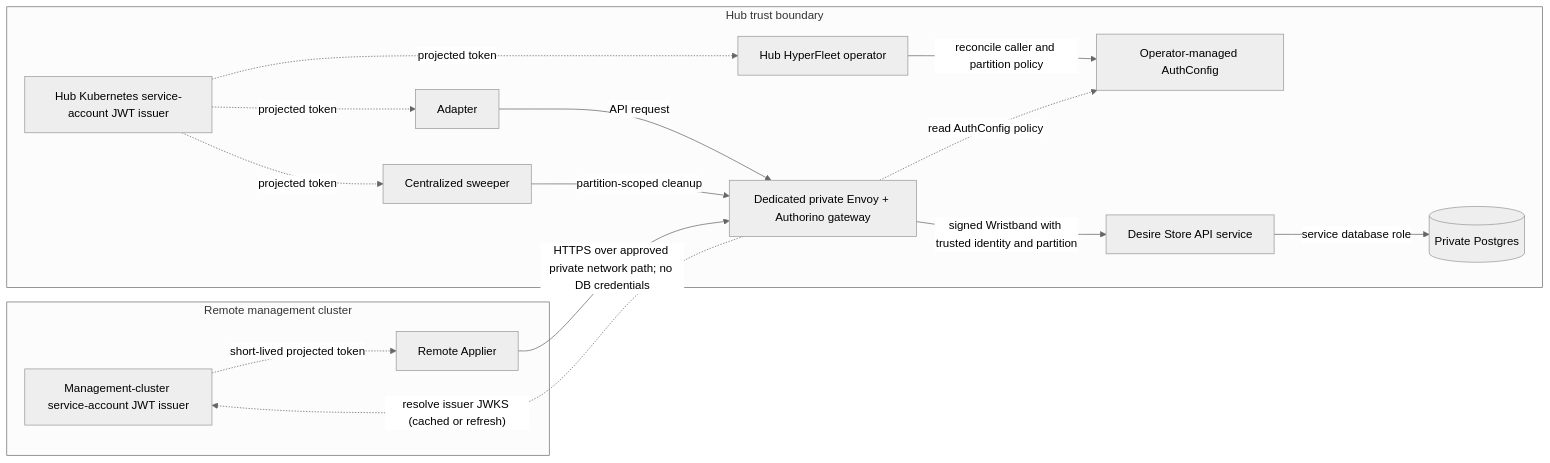
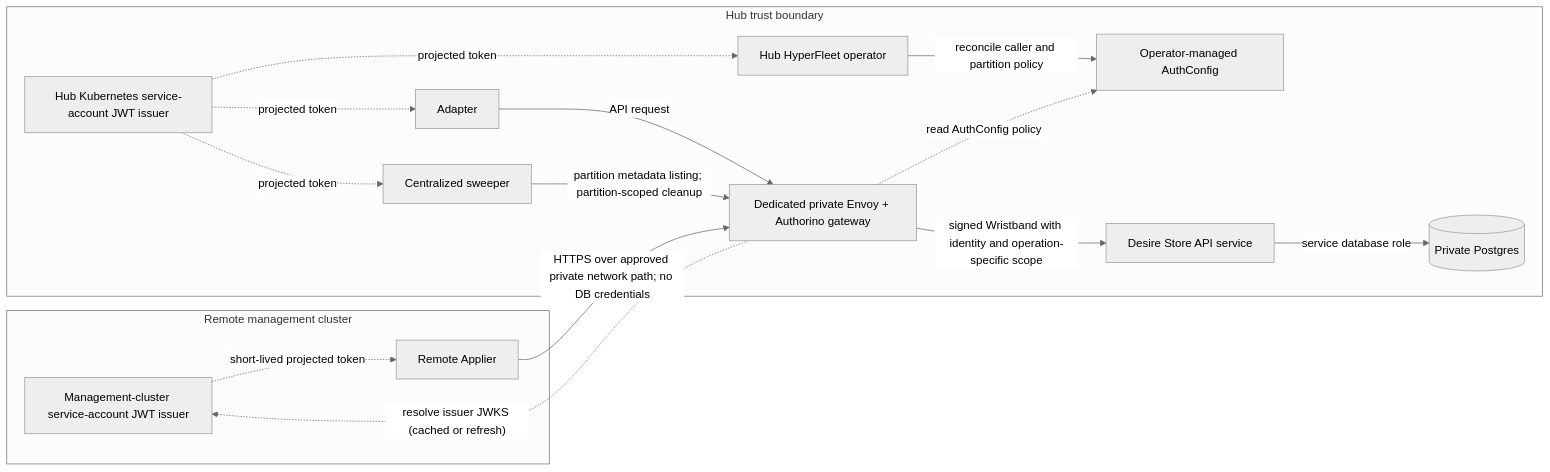
One commit to openshift-hyperfleet/architecture changed the first of 2 diagrams in hyperfleet/docs/desire-store-hld.md. Above: the diagram before and after it, drawn with Mermaid (neutral theme). The commit also changed other lines of this file and 8 other files, not shown here.

````diff
--- a/hyperfleet/docs/desire-store-hld.md
+++ b/hyperfleet/docs/desire-store-hld.md
@@ -42,31 +43,31 @@
 ```mermaid
 flowchart LR
     subgraph MC["Remote management cluster"]
         MCISS["Management-cluster service-account JWT issuer"]
         AP["Remote Applier"]
         MCISS -.->|"short-lived projected token"| AP
     end
 
     subgraph HUB["Hub trust boundary"]
         HISS["Hub Kubernetes service-account JWT issuer"]
         AD["Adapter"]
         GC["Centralized sweeper"]
         OP["Hub HyperFleet operator"]
         AC["Operator-managed AuthConfig"]
         GW["Dedicated private Envoy + Authorino gateway"]
         DS["Desire Store API service"]
         PG[("Private Postgres")]
 
         HISS -.->|"projected token"| AD
         HISS -.->|"projected token"| GC
         HISS -.->|"projected token"| OP
         AD -->|"API request"| GW
-        GC -->|"partition-scoped cleanup"| GW
+        GC -->|"partition metadata listing; partition-scoped cleanup"| GW
         OP -->|"reconcile caller and partition policy"| AC
         AP -->|"HTTPS over approved private network path; no DB credentials"| GW
-        GW -->|"signed Wristband with trusted identity and partition"| DS
+        GW -->|"signed Wristband with identity and operation-specific scope"| DS
         GW -.->|"read AuthConfig policy"| AC
         GW -.->|"resolve issuer JWKS (cached or refresh)"| MCISS
         DS -->|"service database role"| PG
     end
 ```
````
